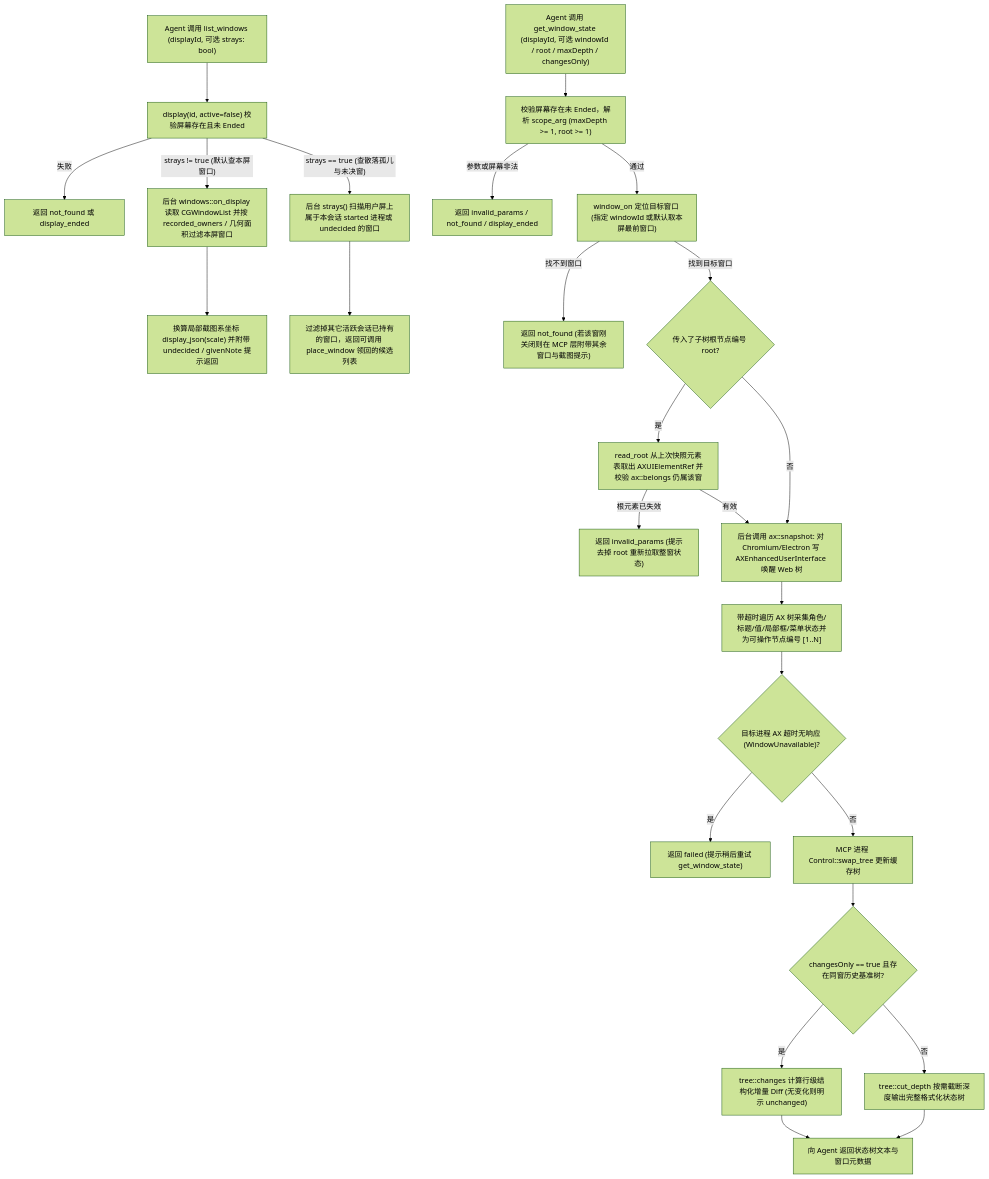
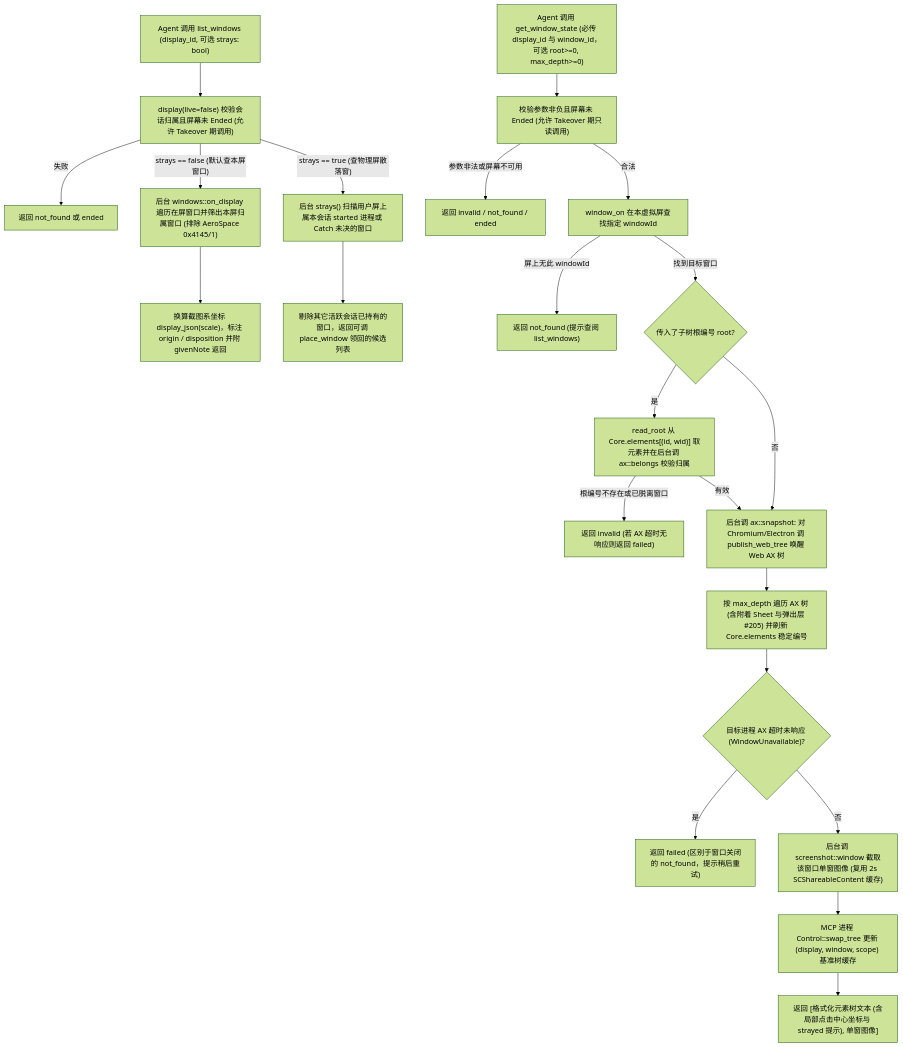
One commit to Fanzzzd/agent-screen changed the first of 2 diagrams in docs/flows/10-window-queries-and-wait.md. Above: the diagram before and after it, drawn with Mermaid (forest theme). The commit also changed other lines of this file and 16 other files, not shown here.

First line of the commit message:
docs(docs): audit flow maps row by row with source quotes

````diff
--- a/docs/flows/10-window-queries-and-wait.md
+++ b/docs/flows/10-window-queries-and-wait.md
@@ -15,27 +15,24 @@
 ```mermaid
 flowchart TD
-    L1["Agent 调用 list_windows (displayId, 可选 strays: bool)"] --> L2["display(id, active=false) 校验屏幕存在且未 Ended"]
-    L2 -->|"失败"| LX1["返回 not_found 或 display_ended"]
-    L2 -->|"strays != true (默认查本屏窗口)"| L3["后台 windows::on_display 读取 CGWindowList 并按 recorded_owners / 几何面积过滤本屏窗口"]
-    L3 --> L4["换算局部截图系坐标 display_json(scale) 并附带 undecided / givenNote 提示返回"]
-    L2 -->|"strays == true (查散落孤儿与未决窗)"| L5["后台 strays() 扫描用户屏上属于本会话 started 进程或 undecided 的窗口"]
-    L5 --> L6["过滤掉其它活跃会话已持有的窗口，返回可调用 place_window 领回的候选列表"]
-    S1["Agent 调用 get_window_state (displayId, 可选 windowId / root / maxDepth / changesOnly)"] --> S2["校验屏幕存在未 Ended，解析 scope_arg (maxDepth >= 1, root >= 1)"]
-    S2 -->|"参数或屏幕非法"| SX1["返回 invalid_params / not_found / display_ended"]
-    S2 -->|"通过"| S3["window_on 定位目标窗口 (指定 windowId 或默认取本屏最前窗口)"]
-    S3 -->|"找不到窗口"| SX2["返回 not_found (若该窗刚关闭则在 MCP 层附带其余窗口与截图提示)"]
-    S3 -->|"找到目标窗口"| S4{"传入了子树根节点编号 root?"}
-    S4 -->|"是"| S5["read_root 从上次快照元素表取出 AXUIElementRef 并校验 ax::belongs 仍属该窗"]
-    S5 -->|"根元素已失效"| SX3["返回 invalid_params (提示去掉 root 重新拉取整窗状态)"]
-    S4 -->|"否"| S6["后台调用 ax::snapshot: 对 Chromium/Electron 写 AXEnhancedUserInterface 唤醒 Web 树"]
+    L1["Agent 调用 list_windows (display_id, 可选 strays: bool)"] --> L2["display(live=false) 校验会话归属且屏幕未 Ended (允许 Takeover 期调用)"]
+    L2 -->|"失败"| LX1["返回 not_found 或 ended"]
+    L2 -->|"strays == false (默认查本屏窗口)"| L3["后台 windows::on_display 遍历在屏窗口并筛出本屏归属窗口 (排除 AeroSpace 0x4145/1)"]
+    L3 --> L4["换算截图系坐标 display_json(scale)，标注 origin / disposition 并附 givenNote 返回"]
+    L2 -->|"strays == true (查物理屏散落窗)"| L5["后台 strays() 扫描用户屏上属本会话 started 进程或 Catch 未决的窗口"]
+    L5 --> L6["剔除其它活跃会话已持有的窗口，返回可调 place_window 领回的候选列表"]
+    S1["Agent 调用 get_window_state (必传 display_id 与 window_id，可选 root>=0, max_depth>=0)"] --> S2["校验参数非负且屏幕未 Ended (允许 Takeover 期只读调用)"]
+    S2 -->|"参数非法或屏幕不可用"| SX1["返回 invalid / not_found / ended"]
+    S2 -->|"合法"| S3["window_on 在本虚拟屏查找指定 windowId"]
+    S3 -->|"屏上无此 windowId"| SX2["返回 not_found (提示查阅 list_windows)"]
+    S3 -->|"找到目标窗口"| S4{"传入了子树根编号 root?"}
+    S4 -->|"是"| S5["read_root 从 Core.elements[(id, wid)] 取元素并在后台调 ax::belongs 校验归属"]
+    S5 -->|"根编号不存在或已脱离窗口"| SX3["返回 invalid (若 AX 超时无响应则返回 failed)"]
+    S4 -->|"否"| S6["后台调 ax::snapshot: 对 Chromium/Electron 调 publish_web_tree 唤醒 Web AX 树"]
     S5 -->|"有效"| S6
-    S6 --> S7["带超时遍历 AX 树采集角色/标题/值/局部框/菜单状态并为可操作节点编号 [1..N]"]
-    S7 --> S8{"目标进程 AX 超时无响应 (WindowUnavailable)?"}
-    S8 -->|"是"| SX4["返回 failed (提示稍后重试 get_window_state)"]
-    S8 -->|"否"| S9["MCP 进程 Control::swap_tree 更新缓存树"]
-    S9 --> S10{"changesOnly == true 且存在同窗历史基准树?"}
-    S10 -->|"是"| S11["tree::changes 计算行级结构化增量 Diff (无变化则明示 unchanged)"]
-    S10 -->|"否"| S12["tree::cut_depth 按需截断深度输出完整格式化状态树"]
-    S11 --> SR1["向 Agent 返回状态树文本与窗口元数据"]
-    S12 --> SR1
+    S6 --> S7["按 max_depth 遍历 AX 树 (含附着 Sheet 与弹出层 #205) 并刷新 Core.elements 稳定编号"]
+    S7 --> S8{"目标进程 AX 超时未响应 (WindowUnavailable)?"}
+    S8 -->|"是"| SX4["返回 failed (区别于窗口关闭的 not_found，提示稍后重试)"]
+    S8 -->|"否"| S9["后台调 screenshot::window 截取该窗口单窗图像 (复用 2s SCShareableContent 缓存)"]
+    S9 --> S10["MCP 进程 Control::swap_tree 更新 (display, window, scope) 基准树缓存"]
+    S10 --> SR1["返回 [格式化元素树文本 (含局部点击中心坐标与 strayed 提示), 单窗图像]"]
 ```
````
